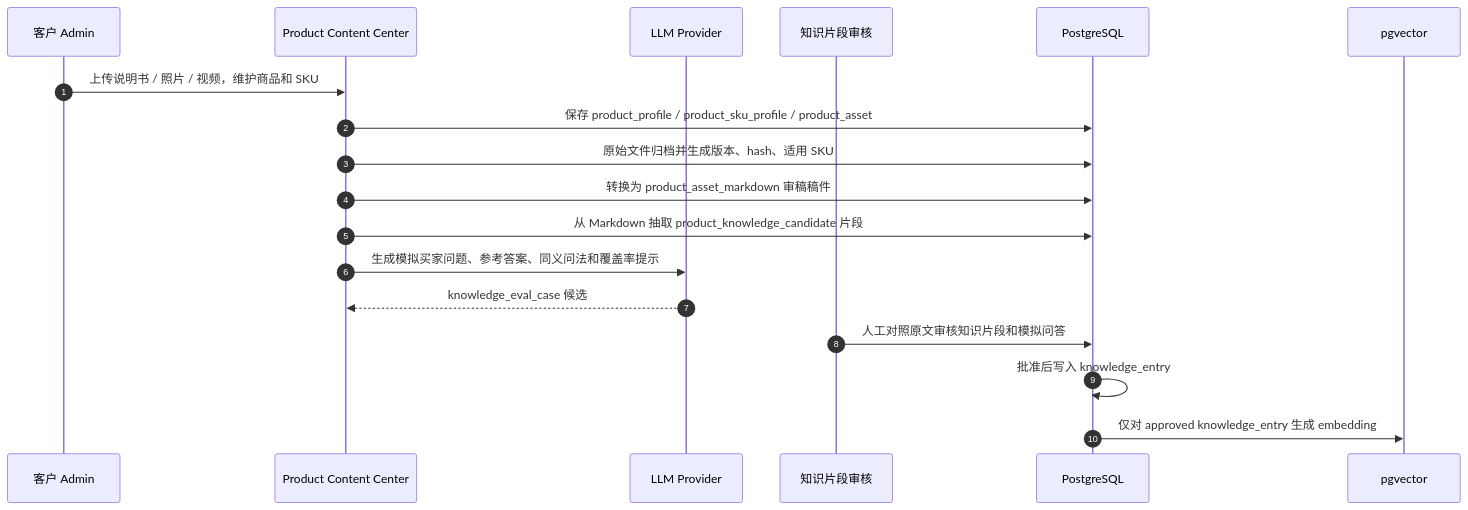
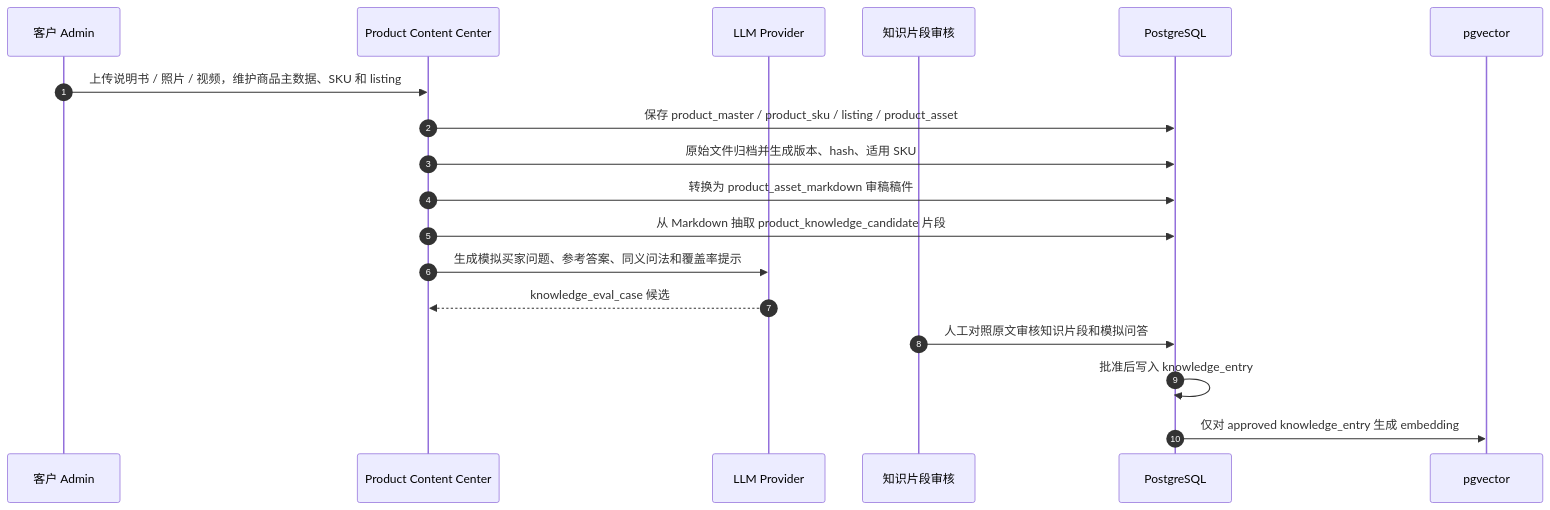
One commit to liuyenhui/ecommerce-cs-agent changed the sixth of 10 diagrams in docs/system-architecture.md. Above: the diagram before and after it, drawn with Mermaid. The commit also changed other lines of this file and 15 other files, not shown here.

````diff
--- a/docs/system-architecture.md
+++ b/docs/system-architecture.md
@@ -460,21 +463,21 @@
 ```mermaid
 sequenceDiagram
   autonumber
   participant Admin as 客户 Admin
   participant Asset as Product Content Center
   participant LLM as LLM Provider
   participant Review as 知识片段审核
   participant DB as PostgreSQL
   participant Vector as pgvector
 
-  Admin->>Asset: 上传说明书 / 照片 / 视频，维护商品和 SKU
-  Asset->>DB: 保存 product_profile / product_sku_profile / product_asset
+  Admin->>Asset: 上传说明书 / 照片 / 视频，维护商品主数据、SKU 和 listing
+  Asset->>DB: 保存 product_master / product_sku / listing / product_asset
   Asset->>DB: 原始文件归档并生成版本、hash、适用 SKU
   Asset->>DB: 转换为 product_asset_markdown 审稿稿件
   Asset->>DB: 从 Markdown 抽取 product_knowledge_candidate 片段
   Asset->>LLM: 生成模拟买家问题、参考答案、同义问法和覆盖率提示
   LLM-->>Asset: knowledge_eval_case 候选
   Review->>DB: 人工对照原文审核知识片段和模拟问答
   DB->>DB: 批准后写入 knowledge_entry
   DB->>Vector: 仅对 approved knowledge_entry 生成 embedding
 ```
````
